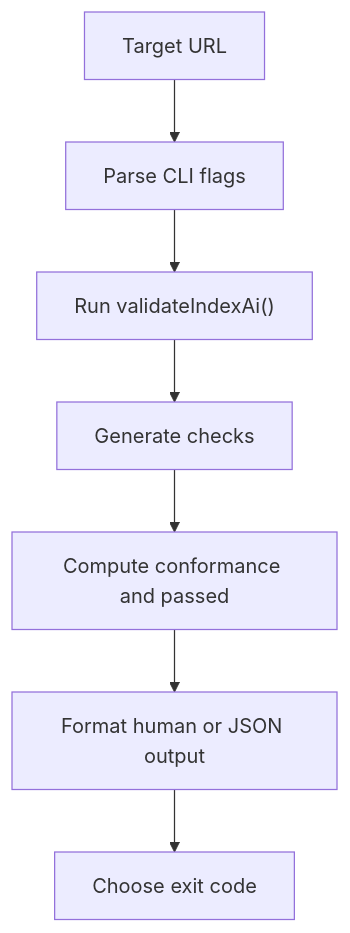
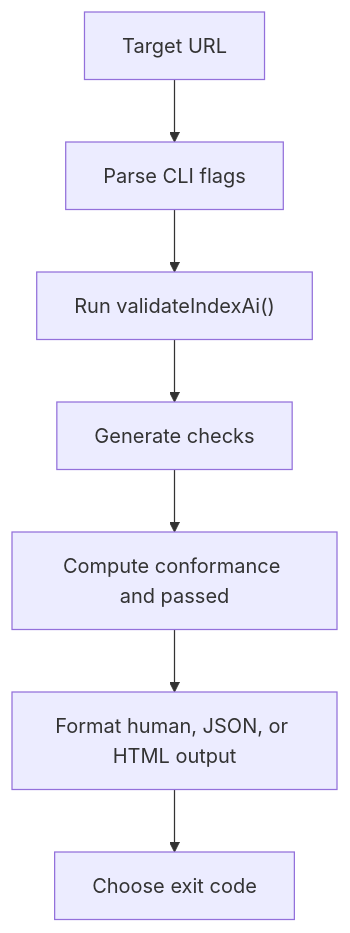
The first of 2 diagrams in docs/guide/getting-started.md (jordachmakaya/index-ai-validator), drawn with Mermaid before and after one commit. The commit also changed other lines of this file and 4 other files, not shown here.

````diff
--- a/docs/guide/getting-started.md
+++ b/docs/guide/getting-started.md
@@ -196,9 +537,9 @@
 ```mermaid
 flowchart TD
   A["Target URL"] --> B["Parse CLI flags"]
   B --> C["Run validateIndexAi()"]
   C --> D["Generate checks"]
   D --> E["Compute conformance and passed"]
-  E --> F["Format human or JSON output"]
+  E --> F["Format human, JSON, or HTML output"]
   F --> G["Choose exit code"]
 ```
````
